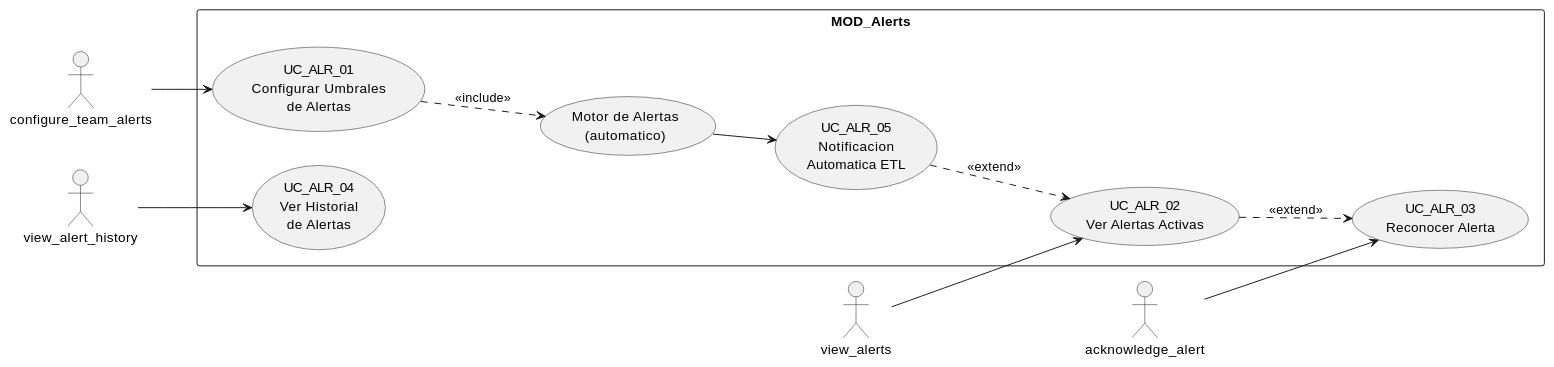
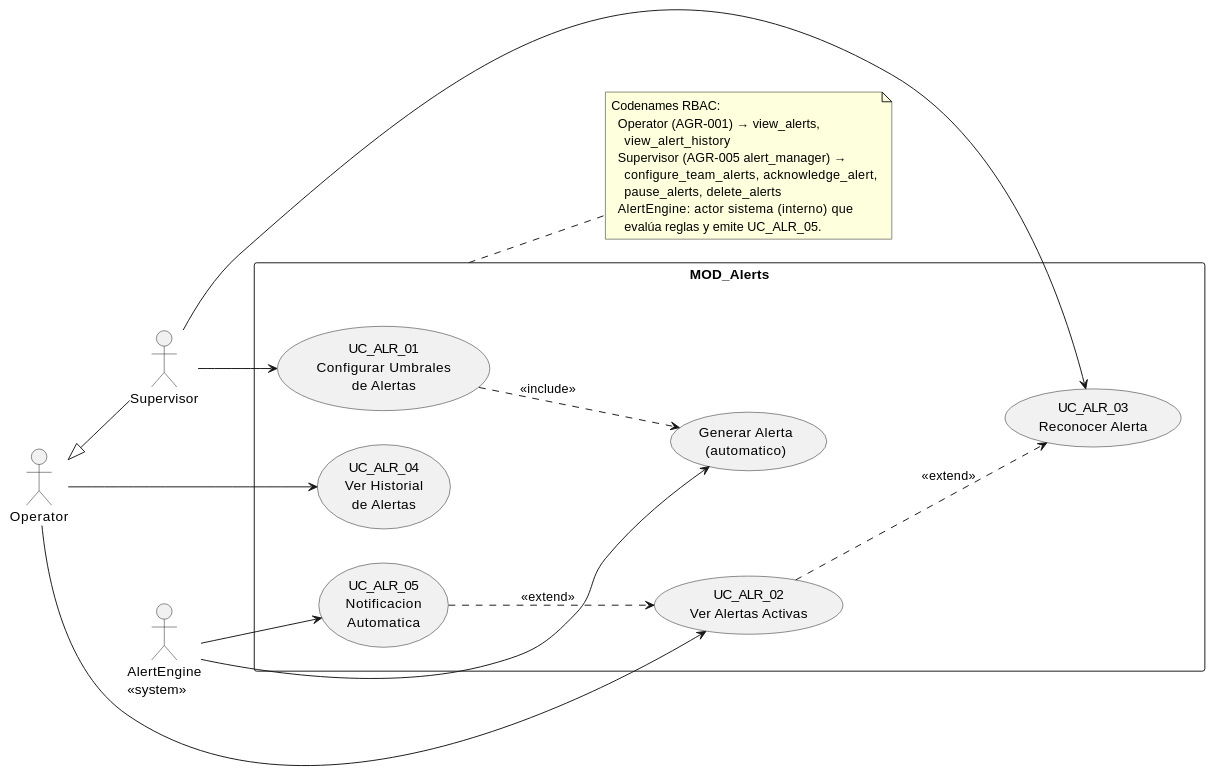
The diagram in source/arquitectura-tecnica/use-case-view/uc-alerts.rst (jcg-admin/IACT-docs), drawn with PlantUML before and after one commit. The commit also changed other lines of this file and 30 other files, not shown here.

First line of the commit message:
Apply UML-07 conformance to use-case-view: actors as roles

```diff
--- a/source/arquitectura-tecnica/use-case-view/uc-alerts.rst
+++ b/source/arquitectura-tecnica/use-case-view/uc-alerts.rst
@@ -26,31 +24,45 @@
 .. uml::
- :caption: Figura 21 — MOD_Alerts: casos de uso
+ :caption: MOD_Alerts — Operator consume; Supervisor configura
+           y reconoce; AlertEngine es actor sistema.
 
  @startuml
  left to right direction
 
- actor "configure_team_alerts" as configure_team_alerts
- actor "view_alerts" as view_alerts
- actor "acknowledge_alert" as acknowledge_alert
- actor "view_alert_history" as view_alert_history
+ actor Operator
+ actor Supervisor
+ actor "AlertEngine\n<<system>>" as AlertEngine
+
+ Operator <|-- Supervisor
 
  rectangle "MOD_Alerts" {
    usecase "UC_ALR_01\nConfigurar Umbrales\nde Alertas" as AL01
    usecase "UC_ALR_02\nVer Alertas Activas" as AL02
    usecase "UC_ALR_03\nReconocer Alerta" as AL03
    usecase "UC_ALR_04\nVer Historial\nde Alertas" as AL04
-   usecase "UC_ALR_05\nNotificacion\nAutomatica ETL" as AL05
-   usecase "Motor de Alertas\n(automatico)" as MOTOR_ALERTAS
+   usecase "UC_ALR_05\nNotificacion\nAutomatica" as AL05
+   usecase "Generar Alerta\n(automatico)" as GEN_ALERTA
  }
 
- configure_team_alerts --> AL01
- view_alerts --> AL02
- acknowledge_alert --> AL03
- view_alert_history --> AL04
- MOTOR_ALERTAS --> AL05
+ Operator   --> AL02
+ Operator   --> AL04
+ Supervisor --> AL01
+ Supervisor --> AL03
+ AlertEngine --> AL05
+ AlertEngine --> GEN_ALERTA
 
  AL02 ..> AL03 : <<extend>>
  AL05 ..> AL02 : <<extend>>
- AL01 ..> MOTOR_ALERTAS : <<include>>
+ AL01 ..> GEN_ALERTA : <<include>>
+
+ note right of MOD_Alerts
+   Codenames RBAC:
+     Operator (AGR-001) → view_alerts,
+       view_alert_history
+     Supervisor (AGR-005 alert_manager) →
+       configure_team_alerts, acknowledge_alert,
+       pause_alerts, delete_alerts
+     AlertEngine: actor sistema (interno) que
+       evalúa reglas y emite UC_ALR_05.
+ end note
 
  @enduml
```
